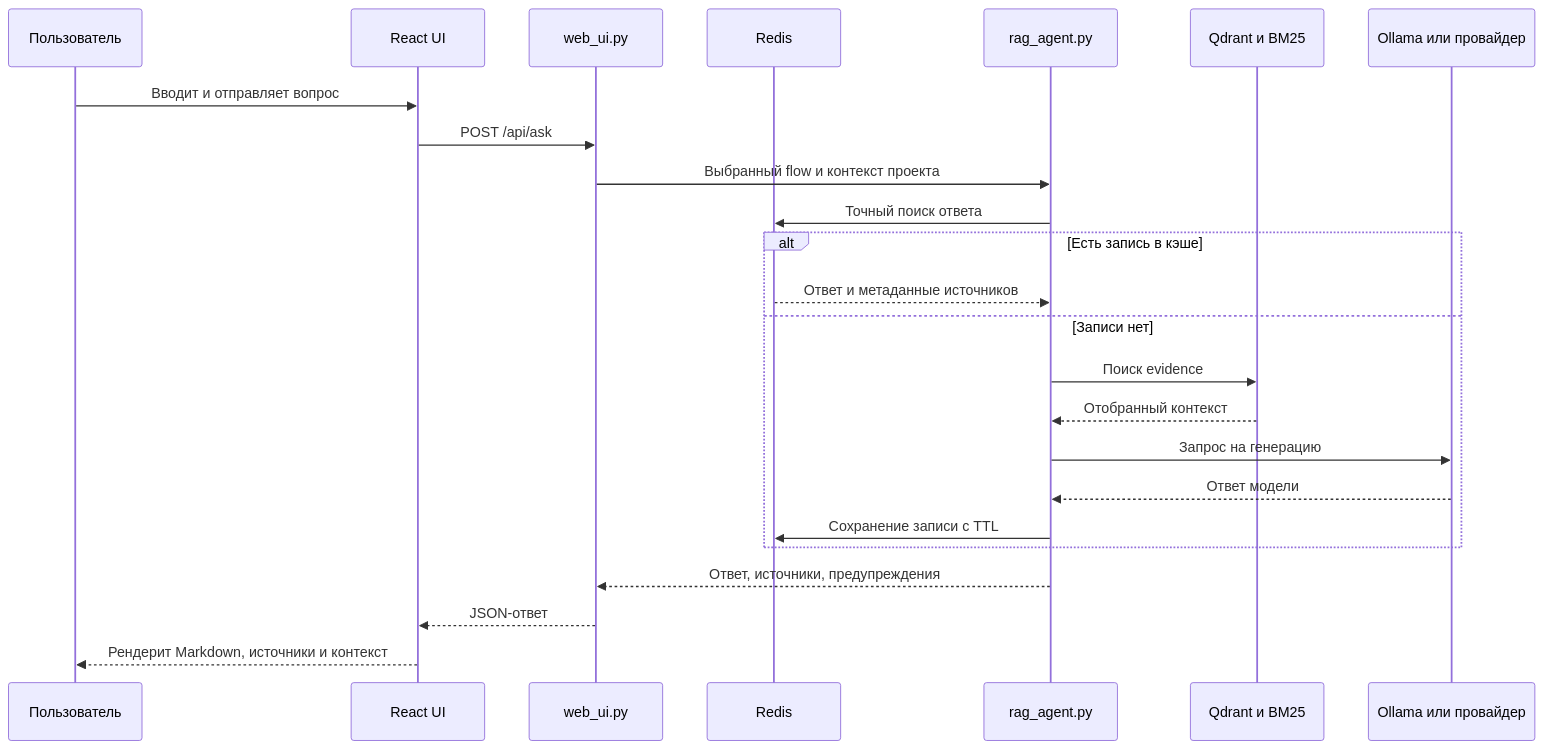
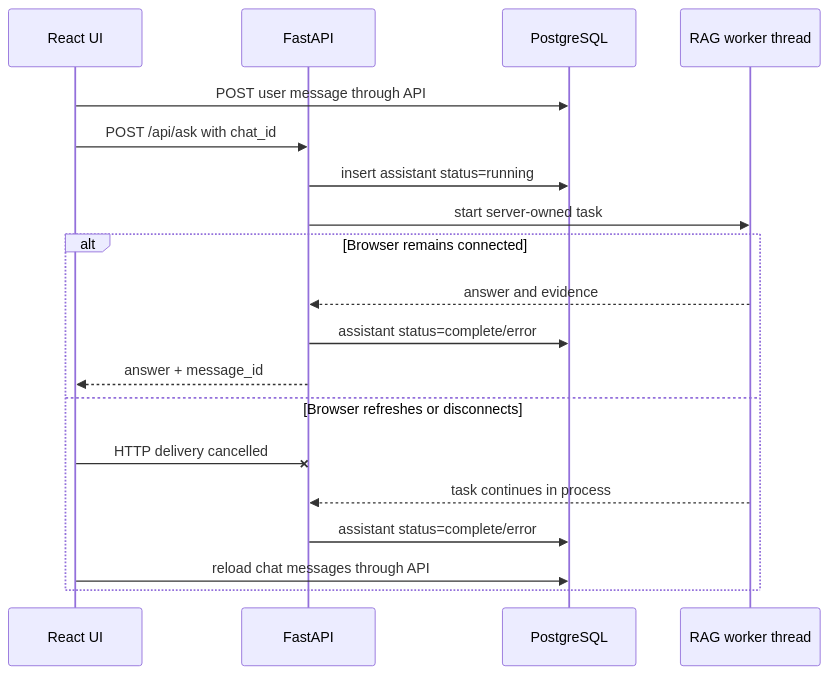
Before and after one commit to Gotrik1/rag_llm: the third of 3 diagrams in architecture.md, drawn with Mermaid. The commit also changed other lines of this file and 40 other files, not shown here.

````diff
--- a/architecture.md
+++ b/architecture.md
@@ -155,27 +67,21 @@
 ```mermaid
 sequenceDiagram
-    participant U as Пользователь
     participant UI as React UI
-    participant API as web_ui.py
-    participant Cache as Redis
-    participant RAG as rag_agent.py
-    participant Index as Qdrant и BM25
-    participant LLM as Ollama или провайдер
-
-    U->>UI: Вводит и отправляет вопрос
-    UI->>API: POST /api/ask
-    API->>RAG: Выбранный flow и контекст проекта
-    RAG->>Cache: Точный поиск ответа
-    alt Есть запись в кэше
-        Cache-->>RAG: Ответ и метаданные источников
-    else Записи нет
-        RAG->>Index: Поиск evidence
-        Index-->>RAG: Отобранный контекст
-        RAG->>LLM: Запрос на генерацию
-        LLM-->>RAG: Ответ модели
-        RAG->>Cache: Сохранение записи с TTL
+    participant API as FastAPI
+    participant DB as PostgreSQL
+    participant RAG as RAG worker thread
+    UI->>DB: POST user message through API
+    UI->>API: POST /api/ask with chat_id
+    API->>DB: insert assistant status=running
+    API->>RAG: start server-owned task
+    alt Browser remains connected
+        RAG-->>API: answer and evidence
+        API->>DB: assistant status=complete/error
+        API-->>UI: answer + message_id
+    else Browser refreshes or disconnects
+        UI-xAPI: HTTP delivery cancelled
+        RAG-->>API: task continues in process
+        API->>DB: assistant status=complete/error
+        UI->>DB: reload chat messages through API
     end
-    RAG-->>API: Ответ, источники, предупреждения
-    API-->>UI: JSON-ответ
-    UI-->>U: Рендерит Markdown, источники и контекст
 ```
````
